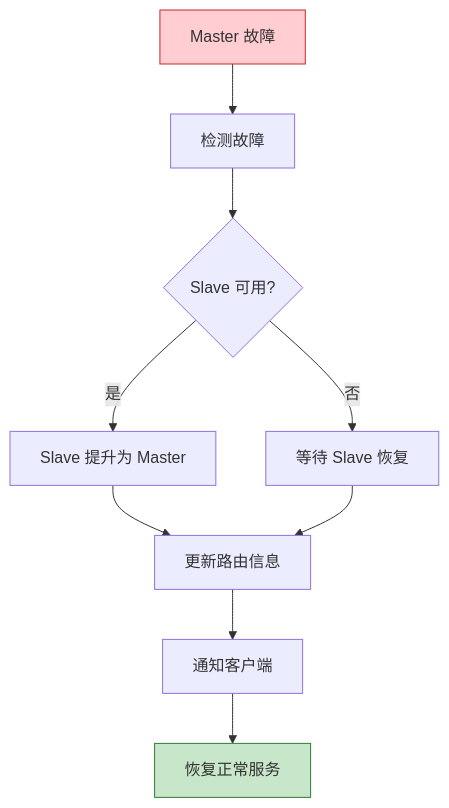
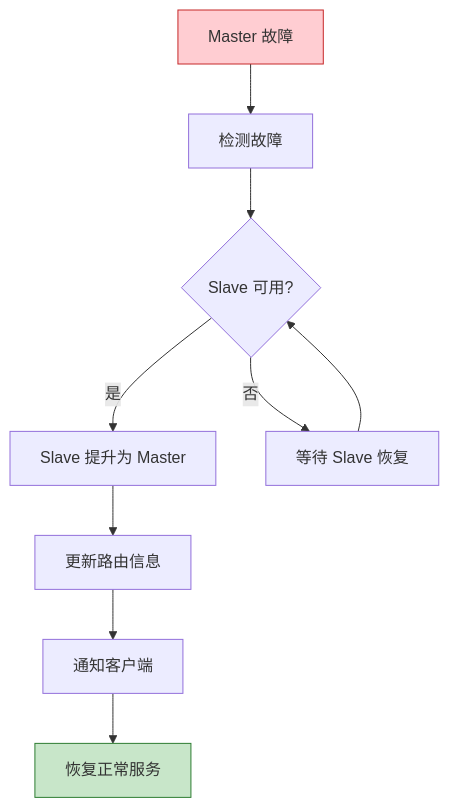
Diagram 18 of 18 in document/消息中间件/RocketMQ 消息中间件详解.md (watslab/interview_doc), drawn with Mermaid before and after one commit. The commit also changed other lines of this file and 2 other files, not shown here.

````diff
--- a/document/消息中间件/RocketMQ 消息中间件详解.md
+++ b/document/消息中间件/RocketMQ 消息中间件详解.md
@@ -779,14 +836,14 @@
 ```mermaid
 flowchart TB
     Start["Master 故障"] --> Detect["检测故障"]
     Detect --> CheckSlave{"Slave 可用?"}
     CheckSlave -->|"是"| Promote["Slave 提升为 Master"]
     CheckSlave -->|"否"| WaitSlave["等待 Slave 恢复"]
     Promote --> UpdateRoute["更新路由信息"]
-    WaitSlave --> UpdateRoute
+    WaitSlave --> CheckSlave
     UpdateRoute --> NotifyClient["通知客户端"]
     NotifyClient --> End["恢复正常服务"]
     
     style Start fill:#ffcdd2,stroke:#c62828
     style End fill:#c8e6c9,stroke:#2e7d32
 ```
````
